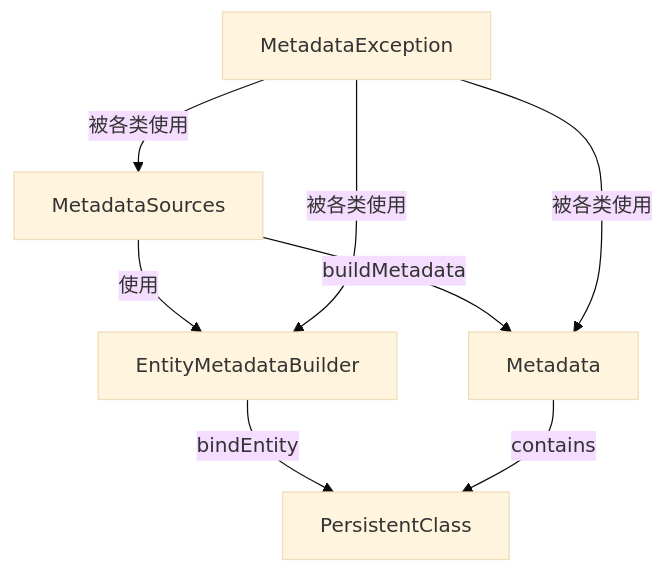
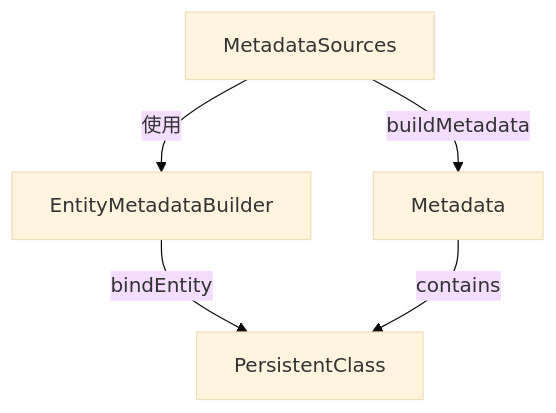
The third of 9 diagrams in docs/design.md (NeverWaitLight/simple-jsonql), drawn with Mermaid (base theme) before and after one commit. The commit also changed other lines of this file and 1 other file, not shown here.

````diff
--- a/docs/design.md
+++ b/docs/design.md
@@ -214,10 +195,7 @@
 ```mermaid
 graph TD
     A[MetadataSources] --> |buildMetadata| B[Metadata]
     A --> |使用| C[EntityMetadataBuilder]
     C --> |bindEntity| D[PersistentClass]
     B --> |contains| D
-    G[MetadataException] --> |被各类使用| A
-    G --> |被各类使用| B
-    G --> |被各类使用| C
 ```
````
